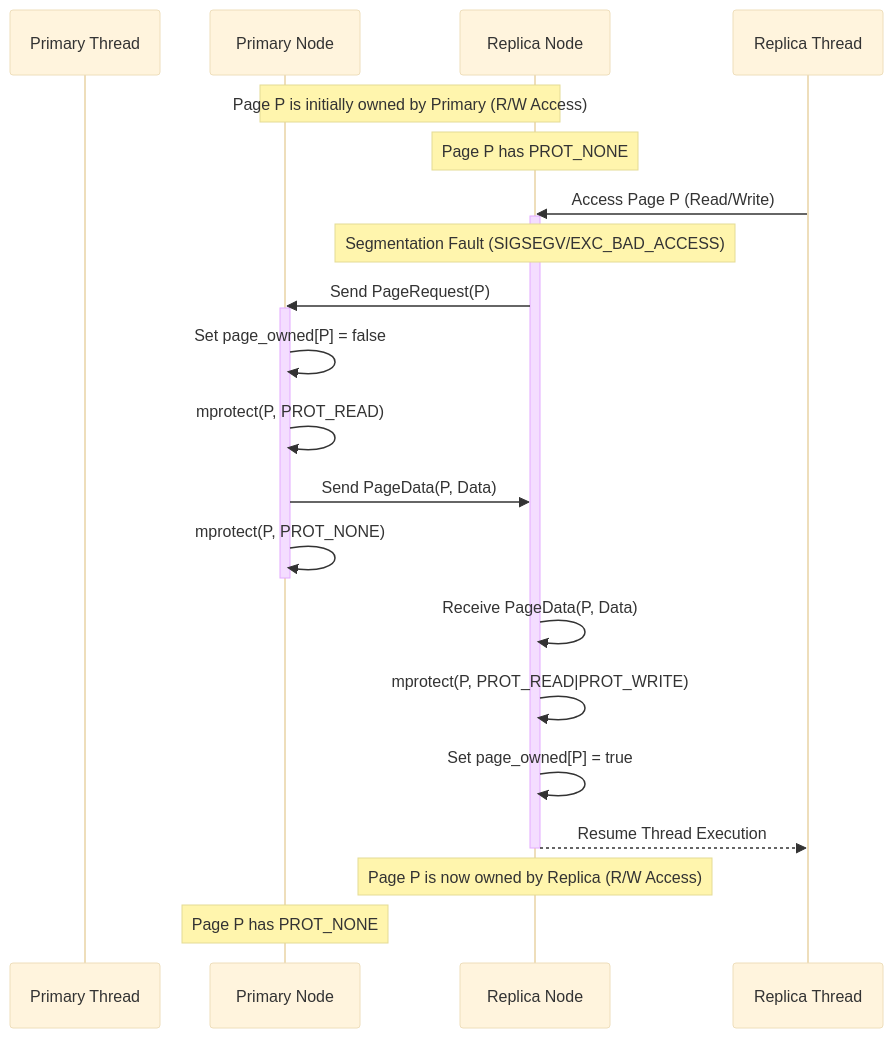
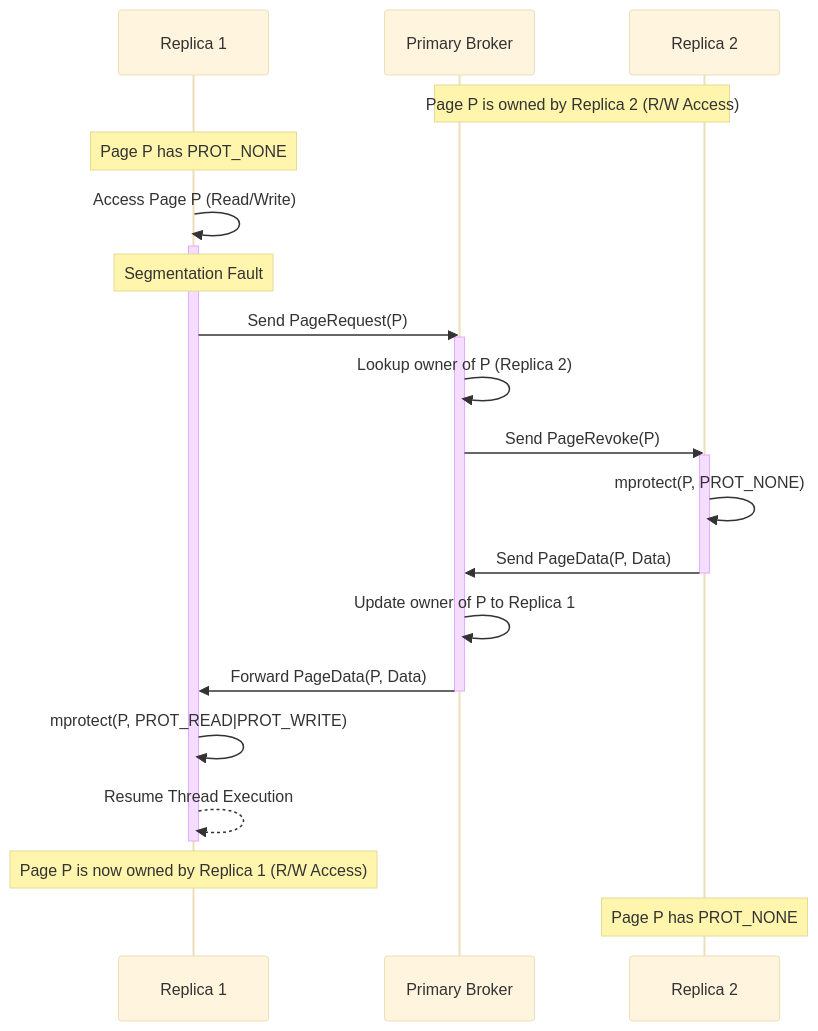
Before and after one commit to qzeesh-max/Geryon: the first of 2 diagrams in README.md, drawn with Mermaid (base theme). The commit also changed other lines of this file, not shown here.

Commit message:
Update Mermaid diagrams to reflect Star Topology broker mechanics

````diff
--- a/README.md
+++ b/README.md
@@ -27,31 +27,34 @@
 ```mermaid
 sequenceDiagram
-    participant Primary Thread
-    participant Primary Node
-    participant Replica Node
-    participant Replica Thread
+    participant Replica 1
+    participant Primary Broker
+    participant Replica 2
 
-    Note over Primary Node, Replica Node: Page P is initially owned by Primary (R/W Access)
-    Note over Replica Node: Page P has PROT_NONE
+    Note over Replica 2, Primary Broker: Page P is owned by Replica 2 (R/W Access)
+    Note over Replica 1: Page P has PROT_NONE
     
-    Replica Thread->>Replica Node: Access Page P (Read/Write)
-    activate Replica Node
-    Note over Replica Node: Segmentation Fault (SIGSEGV/EXC_BAD_ACCESS)
-    Replica Node->>Primary Node: Send PageRequest(P)
+    Replica 1->>Replica 1: Access Page P (Read/Write)
+    activate Replica 1
+    Note over Replica 1: Segmentation Fault
+    Replica 1->>Primary Broker: Send PageRequest(P)
     
-    activate Primary Node
-    Primary Node->>Primary Node: Set page_owned[P] = false
-    Primary Node->>Primary Node: mprotect(P, PROT_READ)
-    Primary Node->>Replica Node: Send PageData(P, Data)
-    Primary Node->>Primary Node: mprotect(P, PROT_NONE)
-    deactivate Primary Node
+    activate Primary Broker
+    Primary Broker->>Primary Broker: Lookup owner of P (Replica 2)
+    Primary Broker->>Replica 2: Send PageRevoke(P)
     
-    Replica Node->>Replica Node: Receive PageData(P, Data)
-    Replica Node->>Replica Node: mprotect(P, PROT_READ|PROT_WRITE)
-    Replica Node->>Replica Node: Set page_owned[P] = true
-    Replica Node-->>Replica Thread: Resume Thread Execution
-    deactivate Replica Node
+    activate Replica 2
+    Replica 2->>Replica 2: mprotect(P, PROT_NONE)
+    Replica 2->>Primary Broker: Send PageData(P, Data)
+    deactivate Replica 2
     
-    Note over Replica Node: Page P is now owned by Replica (R/W Access)
-    Note over Primary Node: Page P has PROT_NONE
+    Primary Broker->>Primary Broker: Update owner of P to Replica 1
+    Primary Broker->>Replica 1: Forward PageData(P, Data)
+    deactivate Primary Broker
+    
+    Replica 1->>Replica 1: mprotect(P, PROT_READ|PROT_WRITE)
+    Replica 1-->>Replica 1: Resume Thread Execution
+    deactivate Replica 1
+    
+    Note over Replica 1: Page P is now owned by Replica 1 (R/W Access)
+    Note over Replica 2: Page P has PROT_NONE
 ```
````
